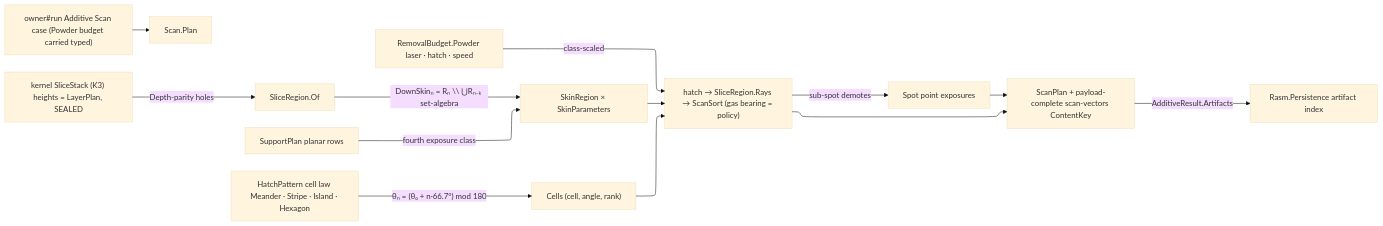
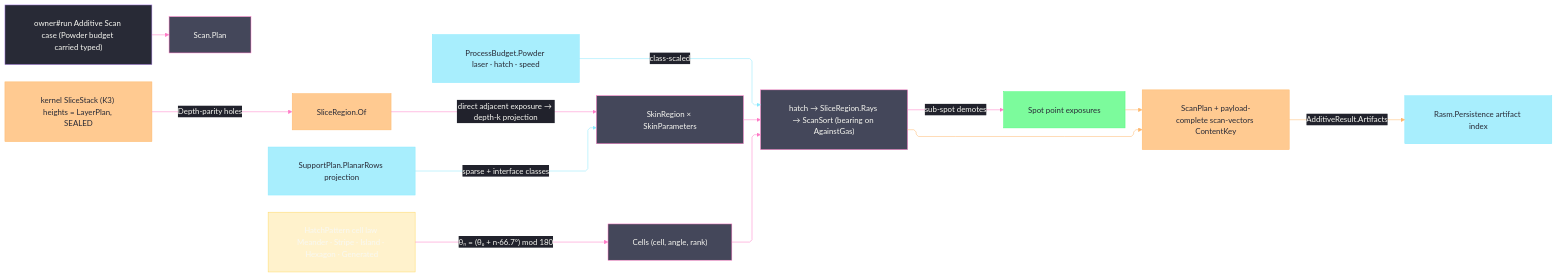
One commit to bsamiee/Rasm changed the diagram in libs/csharp/Rasm.Fabrication/.planning/Additive/scanpath.md. Above: the diagram before and after it, drawn with Mermaid. The commit also changed other lines of this file and 128 other files, not shown here.

````diff
--- a/libs/csharp/Rasm.Fabrication/.planning/Additive/scanpath.md
+++ b/libs/csharp/Rasm.Fabrication/.planning/Additive/scanpath.md
@@ -413,20 +629,59 @@
 ```mermaid
 ---
 config:
+  theme: base
+  look: classic
   layout: elk
-  theme: base
+  flowchart:
+    curve: linear
+    padding: 25
+  themeVariables:
+    darkMode: true
+    fontFamily: "SF Mono, Menlo, Cascadia Mono, Segoe UI Mono, Consolas, monospace"
+    useGradient: false
+    dropShadow: "none"
+    background: "#282A36"
+    primaryColor: "#44475A"
+    primaryTextColor: "#F8F8F2"
+    primaryBorderColor: "#BD93F9"
+    lineColor: "#FF79C6"
+    textColor: "#F8F8F2"
+    titleColor: "#D6BCFA"
+    clusterBkg: "#21222C"
+    clusterBorder: "#D6BCFA"
+    edgeLabelBackground: "#21222C"
+    labelBackgroundColor: "#21222C"
+  themeCSS: ".nodeLabel{font-size:13px;font-weight:500}.edgeLabel{font-size:12px;font-weight:500}.cluster-label .nodeLabel{font-size:13.5px;font-weight:700;letter-spacing:.08em}.edge-thickness-normal{stroke-width:2px}.edge-thickness-thick{stroke-width:3px}.edge-pattern-dashed,.edge-pattern-dotted{stroke-width:1.5px;stroke-dasharray:4 6}.node rect,.node circle,.node polygon,.node path,.node .outer-path{stroke-width:1.5px;filter:none!important}.cluster rect{stroke-width:1px!important;stroke-dasharray:5 4!important;filter:none!important}.marker path{transform:scale(.8);transform-origin:5px 5px}.marker circle{transform:scale(.48);transform-origin:5px 5px}.edgeLabel rect{transform-box:fill-box;transform-origin:center;transform:scale(1.1,1.2)}"
 ---
 flowchart LR
+    accTitle: Powder-bed scan planning
+    accDescr: Scan planning partitions exposure regions, generates cells, clips and sorts vectors, and emits a payload-complete content key.
     Owner["owner#run Additive Scan case (Powder budget carried typed)"] --> PlanNode["Scan.Plan"]
     Stack["kernel SliceStack (K3) heights = LayerPlan, SEALED"] -->|Depth-parity holes| Region["SliceRegion.Of"]
-    Region -->|"DownSkinₙ = Rₙ \\ ⋃Rₙ₋ₖ set-algebra"| Skins["SkinRegion × SkinParameters"]
-    SupportP["SupportPlan planar rows"] -->|fourth exposure class| Skins
-    Pattern["HatchPattern cell law Meander · Stripe · Island · Hexagon"] -->|"θₙ = (θ₀ + n·66.7°) mod 180"| Cells["Cells (cell, angle, rank)"]
-    Skins --> Hatch["hatch → SliceRegion.Rays → ScanSort (gas bearing = policy)"]
+    Region -->|"direct adjacent exposure → depth-k projection"| Skins["SkinRegion × SkinParameters"]
+    SupportP["SupportPlan.PlanarRows projection"] support@-->|sparse + interface classes| Skins
+    Pattern["HatchPattern cell law Meander · Stripe · Island · Hexagon · Generated"] -->|"θₙ = (θ₀ + n·66.7°) mod 180"| Cells["Cells (cell, angle, rank)"]
+    Skins --> Hatch["hatch → SliceRegion.Rays → ScanSort (bearing on AgainstGas)"]
     Cells --> Hatch
     Hatch -->|"sub-spot demotes"| Spot["Spot point exposures"]
-    Budget["RemovalBudget.Powder laser · hatch · speed"] -->|class-scaled| Hatch
-    Hatch --> Receipt["ScanPlan + payload-complete scan-vectors ContentKey"]
-    Spot --> Receipt
-    Receipt -->|AdditiveResult.Artifacts| Persist["Rasm.Persistence artifact index"]
+    Budget["ProcessBudget.Powder laser · hatch · speed"] budget@-->|class-scaled| Hatch
+    Hatch hatchReceipt@--> Receipt["ScanPlan + payload-complete scan-vectors ContentKey"]
+    Spot spotReceipt@--> Receipt
+    Receipt persist@-->|AdditiveResult.Artifacts| Persist["Rasm.Persistence artifact index"]
+    classDef primary fill:#44475A,stroke:#FF79C6,color:#F8F8F2
+    classDef boundary fill:#282A36,stroke:#BD93F9,color:#F8F8F2
+    classDef success fill:#50FA7BBF,stroke:#50FA7B,color:#282A36
+    classDef external fill:#8BE9FDBF,stroke:#8BE9FD,color:#282A36
+    classDef data fill:#FFB86CBF,stroke:#FFB86C,color:#282A36
+    classDef payload fill:#FFD86654,stroke:#FFD866,color:#F8F8F2
+    class Owner boundary
+    class PlanNode,Skins,Cells,Hatch primary
+    class Stack,Region,Receipt data
+    class SupportP,Budget,Persist external
+    class Pattern payload
+    class Spot success
+    classDef edgeExternal stroke:#8BE9FD,color:#F8F8F2
+    classDef edgeData stroke:#FFB86C,color:#F8F8F2
+    class support,budget edgeExternal
+    class hatchReceipt,spotReceipt,persist edgeData
 ```
````
